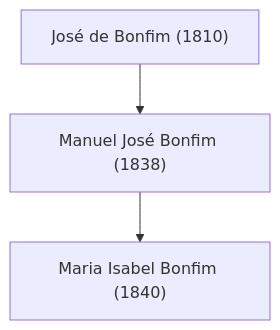
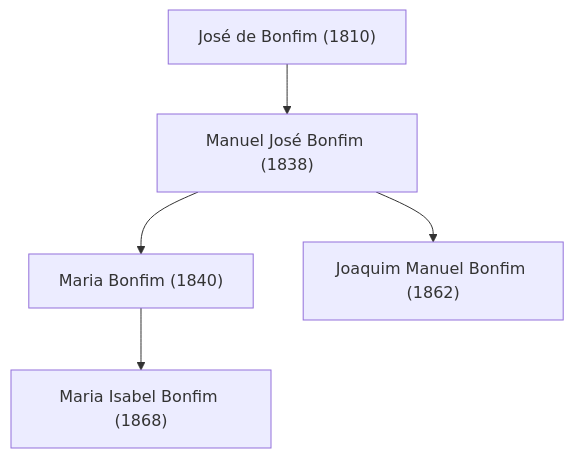
The diagram in genealogia/familia-bonfim/Sao-Cristovao/01-arvore-sao-cristovao.mmd (a-bonfim-tech/cidade-bonfim-governanca), drawn with Mermaid before and after one commit. The commit also changed 7 other files, not shown here.

```diff
--- a/genealogia/familia-bonfim/Sao-Cristovao/01-arvore-sao-cristovao.mmd
+++ b/genealogia/familia-bonfim/Sao-Cristovao/01-arvore-sao-cristovao.mmd
@@ -1,6 +1,10 @@
 graph TD
     J2["José de Bonfim (1810)"]
     MJ["Manuel José Bonfim (1838)"]
-    MI["Maria Isabel Bonfim (1840)"]
+    MI["Maria Bonfim (1840)"]
+    JM2["Joaquim Manuel Bonfim (1862)"]
+    MI2["Maria Isabel Bonfim (1868)"]
     J2 --> MJ
     MJ --> MI
+    MJ --> JM2
+    MI --> MI2
```
